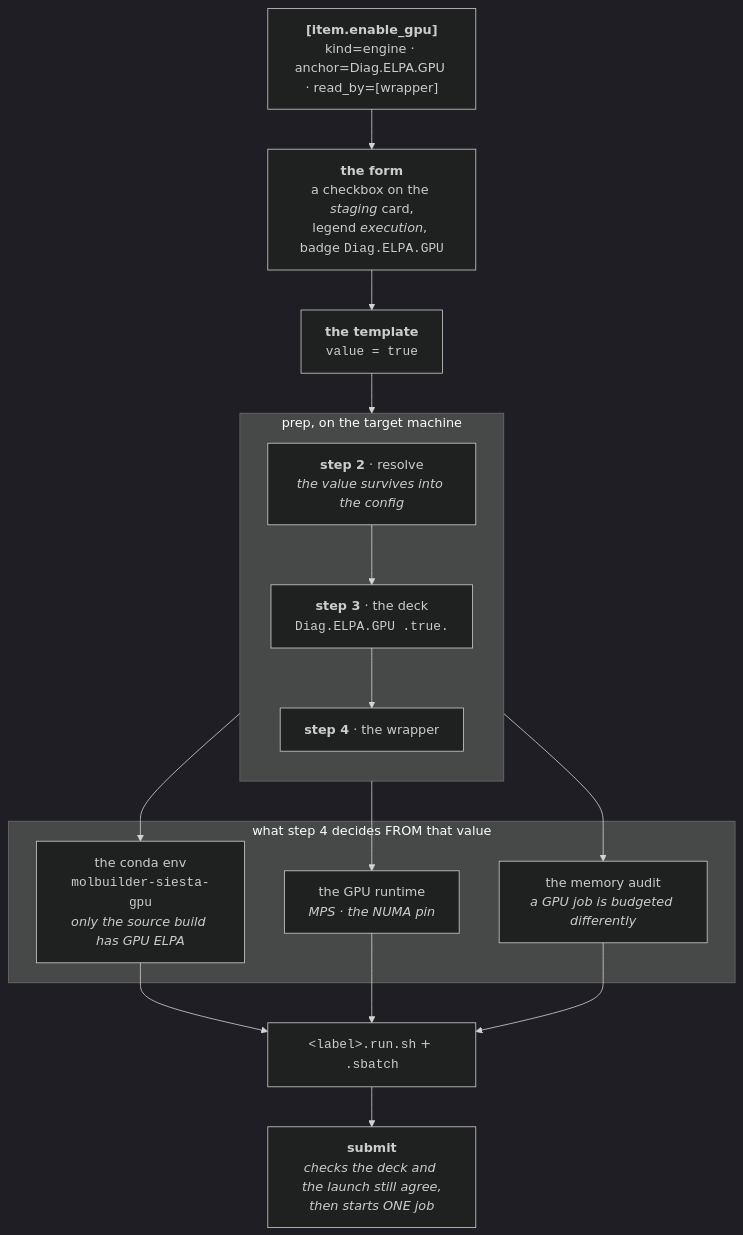
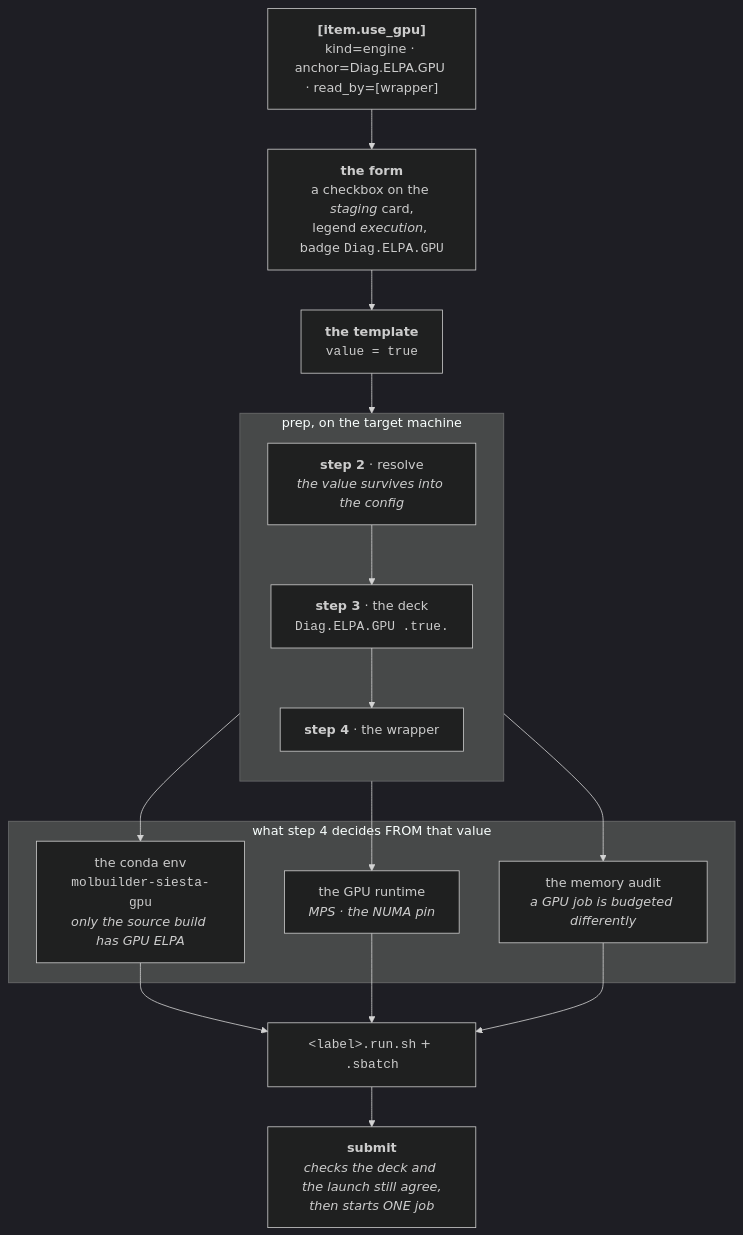
The eighth of 9 diagrams in docs/engines/template.md (Qing-LAB/molbuilder), drawn with Mermaid (dark theme) before and after one commit. The commit also changed other lines of this file and 35 other files, not shown here.

First line of the commit message:
refactor(gpu)!: wave 6b -- one question, one item, one name

````diff
--- a/docs/engines/template.md
+++ b/docs/engines/template.md
@@ -1998,26 +1998,26 @@
 ```mermaid
 flowchart TB
-    IT["<b>[item.enable_gpu]</b><br/>kind=engine · anchor=Diag.ELPA.GPU · read_by=[wrapper]"]
+    IT["<b>[item.use_gpu]</b><br/>kind=engine · anchor=Diag.ELPA.GPU · read_by=[wrapper]"]
 
     FORM["<b>the form</b><br/>a checkbox on the <i>staging</i> card,<br/>legend <i>execution</i>, badge <code>Diag.ELPA.GPU</code>"]
     TPL["<b>the template</b><br/><code>value = true</code>"]
 
     subgraph PREP["prep, on the target machine"]
       direction TB
       S2["<b>step 2</b> · resolve<br/><i>the value survives into the config</i>"]
       S3["<b>step 3</b> · the deck<br/><code>Diag.ELPA.GPU .true.</code>"]
       S4["<b>step 4</b> · the wrapper"]
       S2 --> S3 --> S4
     end
 
     subgraph LAUNCH["what step 4 decides FROM that value"]
       E1["the conda env<br/><code>molbuilder-siesta-gpu</code><br/><i>only the source build has GPU ELPA</i>"]
       E2["the GPU runtime<br/><i>MPS · the NUMA pin</i>"]
       E3["the memory audit<br/><i>a GPU job is budgeted differently</i>"]
     end
 
     IT --> FORM --> TPL --> S2
     S4 --> E1 & E2 & E3
     E1 & E2 & E3 --> SH["<code>&lt;label&gt;.run.sh</code> + <code>.sbatch</code>"]
     SH --> SUB["<b>submit</b><br/><i>checks the deck and the launch still agree,<br/>then starts ONE job</i>"]
 ```
````
